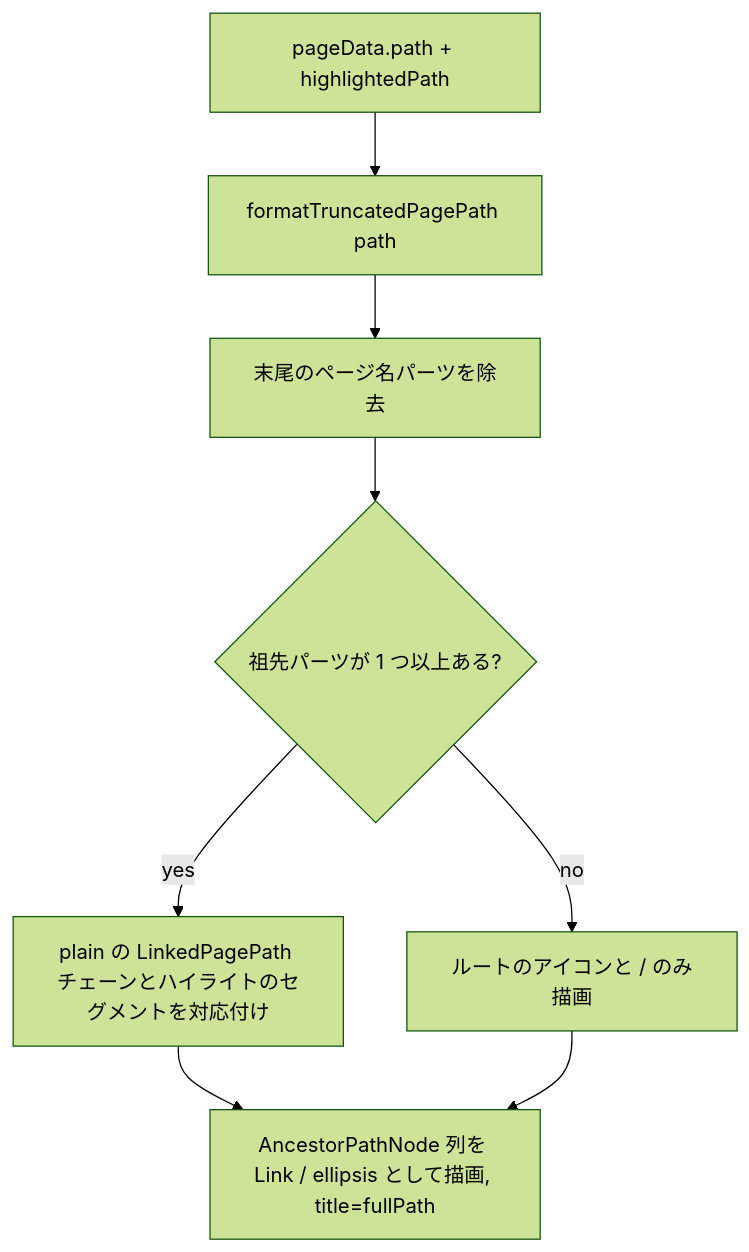
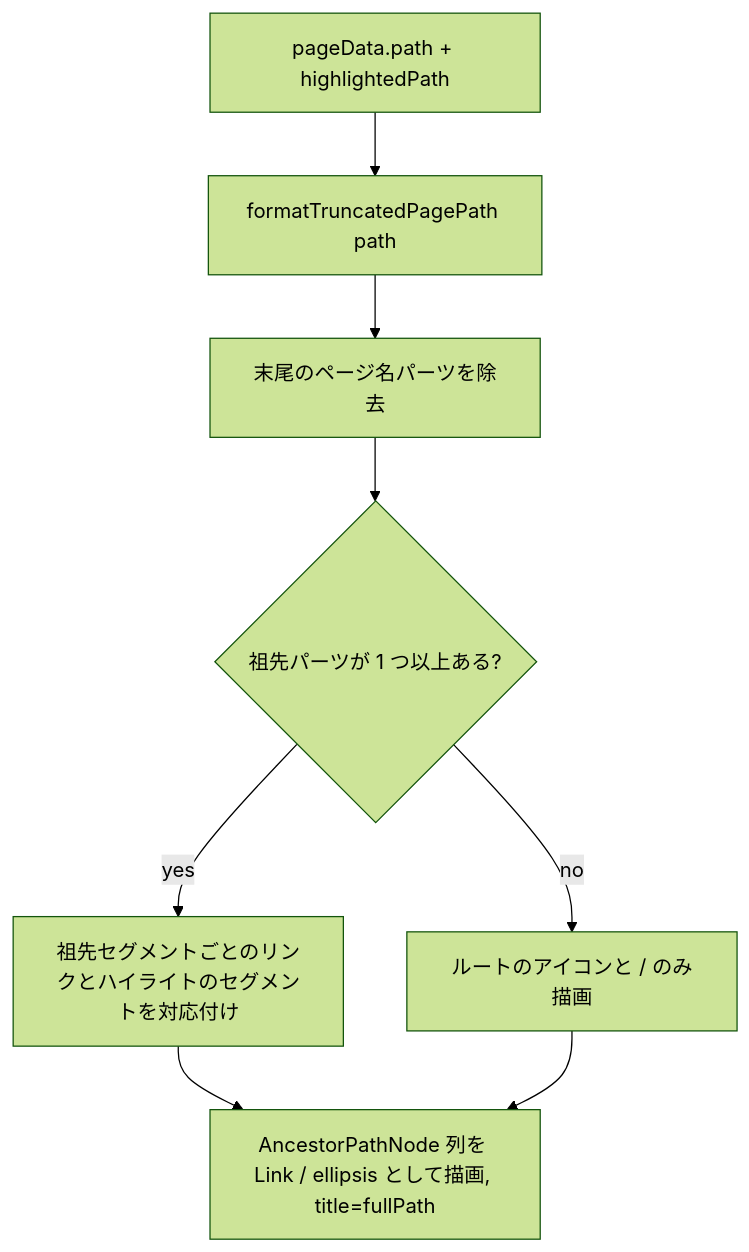
The second of 3 diagrams in .kiro/specs/page-path-truncation/design.md (growilabs/growi), drawn with Mermaid (forest theme) before and after one commit. The commit also changed other lines of this file and 2 other files, not shown here.

First line of the commit message:
docs(page-path-truncation): sync spec with review fixes and record lessons

````diff
--- a/.kiro/specs/page-path-truncation/design.md
+++ b/.kiro/specs/page-path-truncation/design.md
@@ -192,10 +195,10 @@
 ```mermaid
 flowchart TD
     Start[pageData.path + highlightedPath] --> Format[formatTruncatedPagePath path]
     Format --> DropName[末尾のページ名パーツを除去]
     DropName --> HasAncestors{祖先パーツが 1 つ以上ある?}
     HasAncestors -->|no| HomeOnly[ルートのアイコンと / のみ描画]
-    HasAncestors -->|yes| BuildChains[plain の LinkedPagePath チェーンとハイライトのセグメントを対応付け]
+    HasAncestors -->|yes| BuildChains[祖先セグメントごとのリンクとハイライトのセグメントを対応付け]
     BuildChains --> Render[AncestorPathNode 列を Link / ellipsis として描画, title=fullPath]
     HomeOnly --> Render
 ```
````
